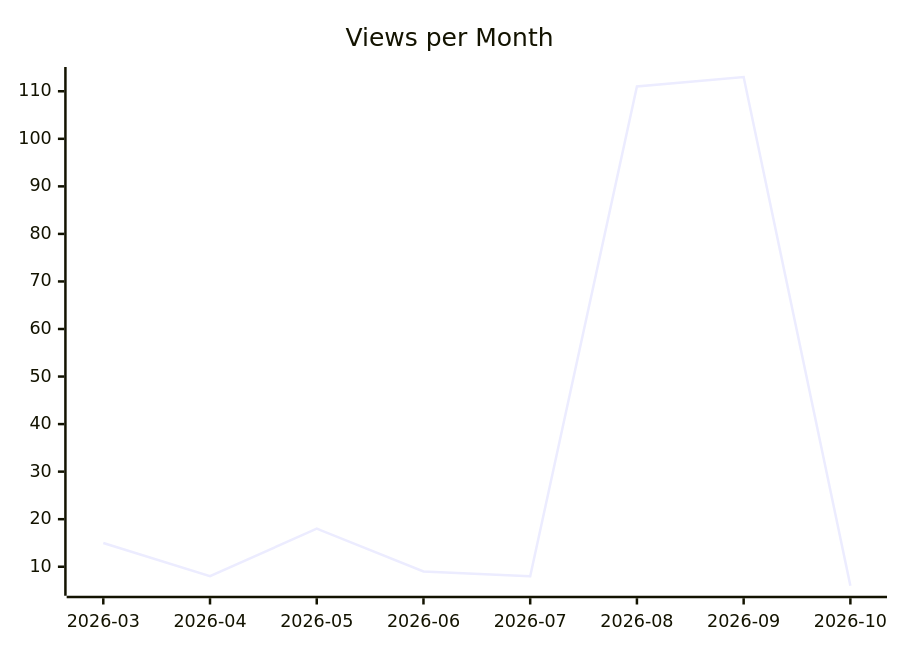
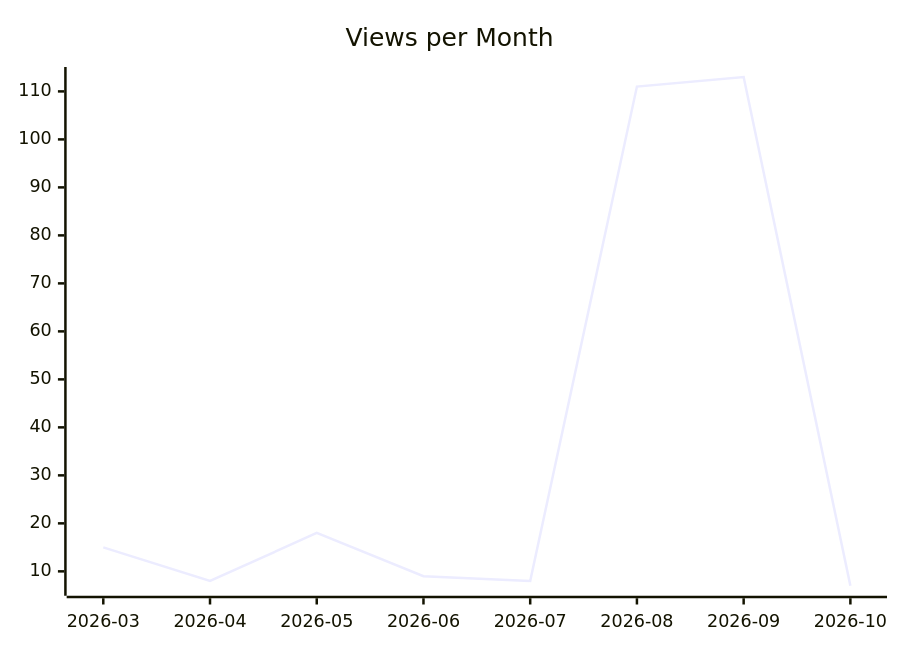
One commit to justdavis-family/github-analytics-data changed the second of 3 diagrams in karlmdavis/xmlpull/README.md. Above: the diagram before and after it, drawn with Mermaid. The commit also changed other lines of this file and 201 other files, not shown here.

````diff
--- a/karlmdavis/xmlpull/README.md
+++ b/karlmdavis/xmlpull/README.md
@@ -12,6 +12,6 @@
 ```mermaid
 xychart-beta
   title "Views per Month"
   x-axis ["2026-03", "2026-04", "2026-05", "2026-06", "2026-07", "2026-08", "2026-09", "2026-10"]
-  line [15, 8, 18, 9, 8, 111, 113, 6]
+  line [15, 8, 18, 9, 8, 111, 113, 7]
 ```
````
